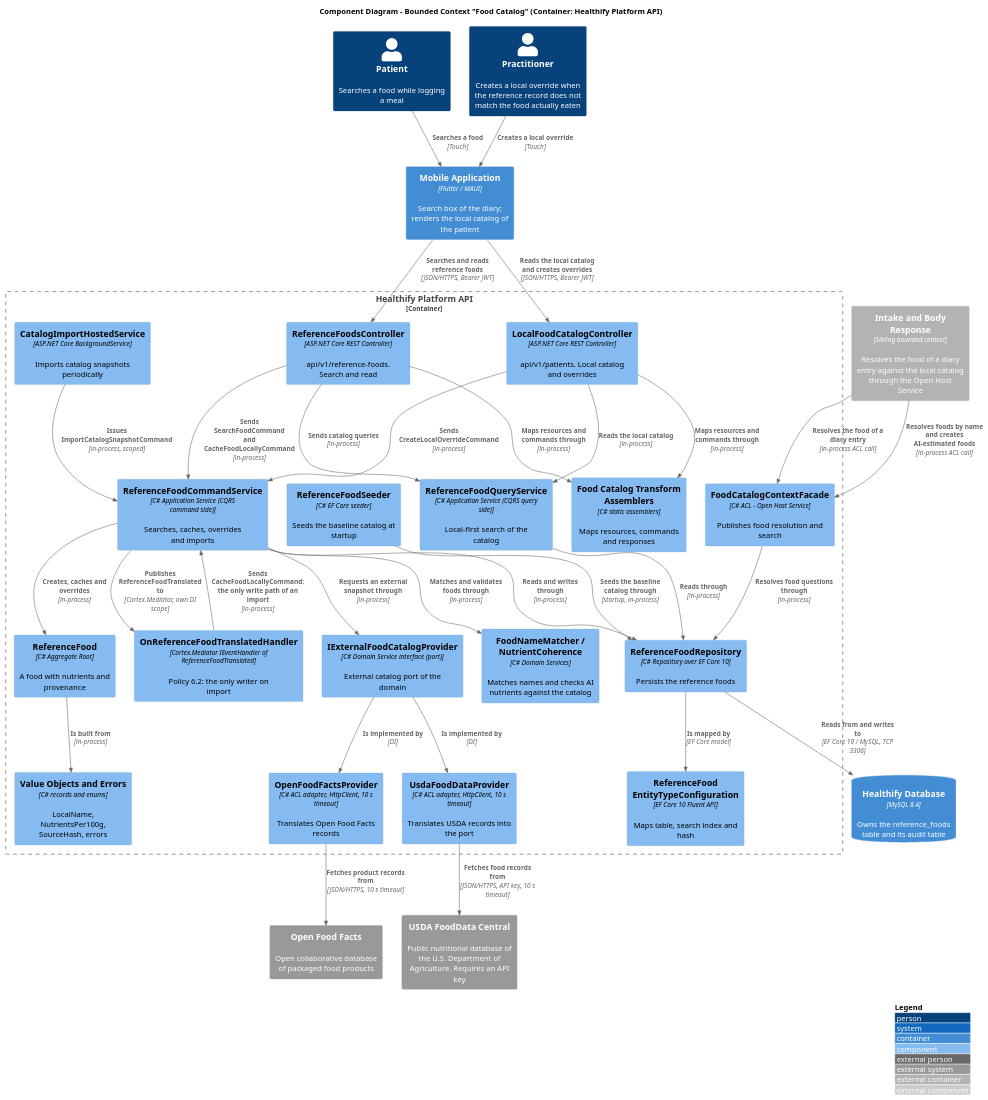
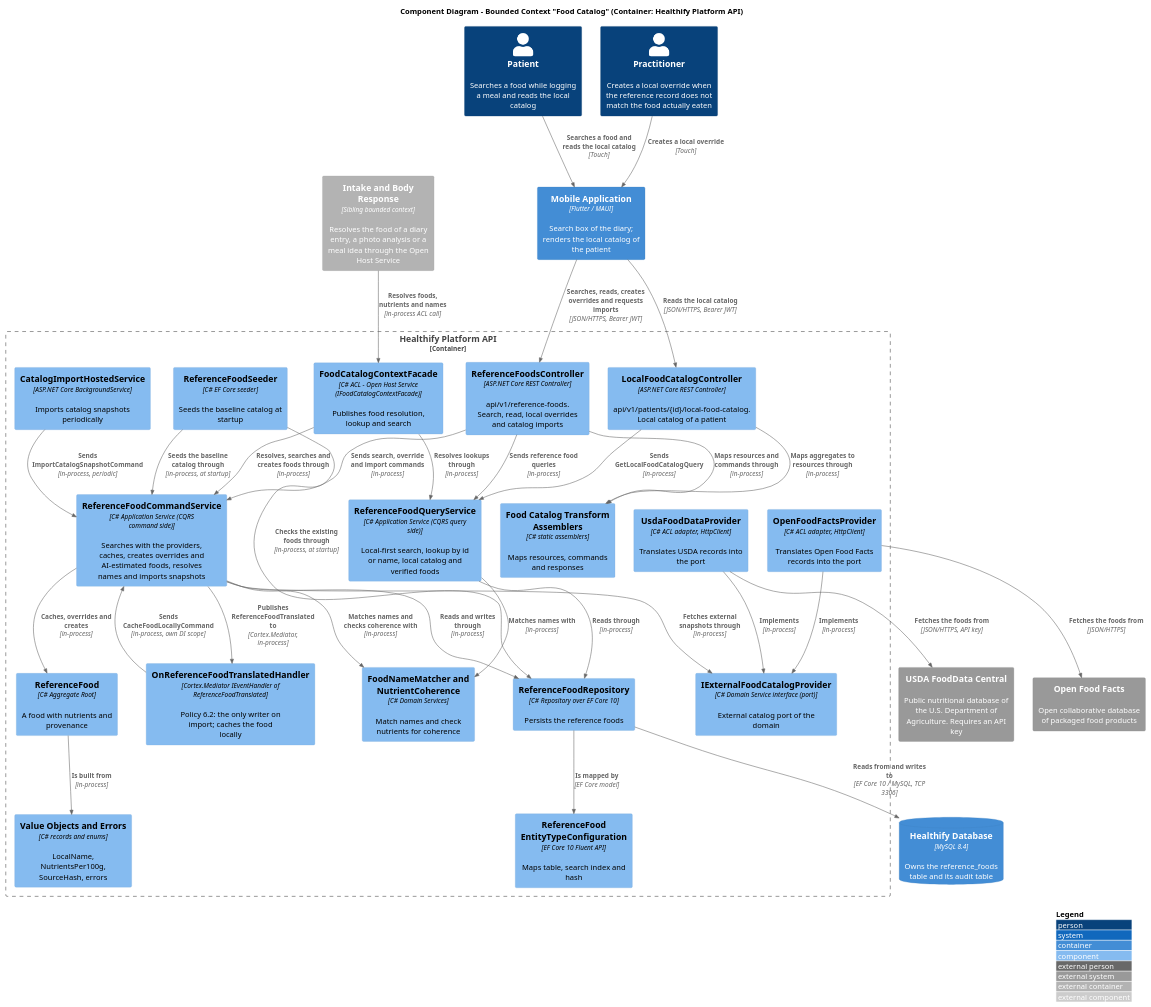
Before and after one commit to upc-pre-202620-1acc0238-13981-nutrisync/healthify-report: the diagram in docs/c4-diagrams/food-catalog.puml, drawn with PlantUML. The commit also changed 5 other files, not shown here.

Commit message:
docs(c4): update component diagrams for all bounded contexts

```diff
--- a/docs/c4-diagrams/food-catalog.puml
+++ b/docs/c4-diagrams/food-catalog.puml
@@ -1,82 +1,81 @@
 @startuml FoodCatalog_Component_Diagram
 !include https://raw.githubusercontent.com/plantuml-stdlib/C4-PlantUML/master/C4_Component.puml
 
 LAYOUT_TOP_DOWN()
 LAYOUT_WITH_LEGEND()
 
 title Component Diagram - Bounded Context "Food Catalog" (Container: Healthify Platform API)
 
-Person(patient, "Patient", "Searches a food while logging a meal")
+Person(patient, "Patient", "Searches a food while logging a meal and reads the local catalog")
 Person(practitioner, "Practitioner", "Creates a local override when the reference record does not match the food actually eaten")
 
 Container(mobile, "Mobile Application", "Flutter / MAUI", "Search box of the diary; renders the local catalog of the patient")
 
 Container_Boundary(api, "Healthify Platform API") {
 
-    Component(referenceFoodsController, "ReferenceFoodsController", "ASP.NET Core REST Controller", "api/v1/reference-foods. Search and read")
-    Component(localCatalogController, "LocalFoodCatalogController", "ASP.NET Core REST Controller", "api/v1/patients. Local catalog and overrides")
+    Component(referenceFoodsController, "ReferenceFoodsController", "ASP.NET Core REST Controller", "api/v1/reference-foods. Search, read, local overrides and catalog imports")
+    Component(localCatalogController, "LocalFoodCatalogController", "ASP.NET Core REST Controller", "api/v1/patients/{id}/local-food-catalog. Local catalog of a patient")
     Component(fcAssemblers, "Food Catalog Transform Assemblers", "C# static assemblers", "Maps resources, commands and responses")
 
-    Component(foodCmdService, "ReferenceFoodCommandService", "C# Application Service (CQRS command side)", "Searches, caches, overrides and imports")
-    Component(foodQryService, "ReferenceFoodQueryService", "C# Application Service (CQRS query side)", "Local-first search of the catalog")
-    Component(onTranslated, "OnReferenceFoodTranslatedHandler", "Cortex.Mediator IEventHandler of ReferenceFoodTranslated", "Policy 6.2: the only writer on import")
-    Component(fcFacade, "FoodCatalogContextFacade", "C# ACL - Open Host Service", "Publishes food resolution and search")
+    Component(foodCmdService, "ReferenceFoodCommandService", "C# Application Service (CQRS command side)", "Searches with the providers, caches, creates overrides and AI-estimated foods, resolves names and imports snapshots")
+    Component(foodQryService, "ReferenceFoodQueryService", "C# Application Service (CQRS query side)", "Local-first search, lookup by id or name, local catalog and verified foods")
+    Component(onTranslated, "OnReferenceFoodTranslatedHandler", "Cortex.Mediator IEventHandler of ReferenceFoodTranslated", "Policy 6.2: the only writer on import; caches the food locally")
+    Component(fcFacade, "FoodCatalogContextFacade", "C# ACL - Open Host Service (IFoodCatalogContextFacade)", "Publishes food resolution, lookup and search")
+
+    Component(importHostedService, "CatalogImportHostedService", "ASP.NET Core BackgroundService", "Imports catalog snapshots periodically")
+    Component(fcSeeder, "ReferenceFoodSeeder", "C# EF Core seeder", "Seeds the baseline catalog at startup")
 
     Component(foodAggregate, "ReferenceFood", "C# Aggregate Root", "A food with nutrients and provenance")
     Component(fcValueObjects, "Value Objects and Errors", "C# records and enums", "LocalName, NutrientsPer100g, SourceHash, errors")
+    Component(foodMatcher, "FoodNameMatcher and NutrientCoherence", "C# Domain Services", "Match names and check nutrients for coherence")
     Component(providerPort, "IExternalFoodCatalogProvider", "C# Domain Service interface (port)", "External catalog port of the domain")
+    Component(usdaProvider, "UsdaFoodDataProvider", "C# ACL adapter, HttpClient", "Translates USDA records into the port")
+    Component(offProvider, "OpenFoodFactsProvider", "C# ACL adapter, HttpClient", "Translates Open Food Facts records into the port")
 
-    Component(usdaProvider, "UsdaFoodDataProvider", "C# ACL adapter, HttpClient, 10 s timeout", "Translates USDA records into the port")
-    Component(offProvider, "OpenFoodFactsProvider", "C# ACL adapter, HttpClient, 10 s timeout", "Translates Open Food Facts records")
     Component(fcRepo, "ReferenceFoodRepository", "C# Repository over EF Core 10", "Persists the reference foods")
     Component(fcEfcConfig, "ReferenceFood EntityTypeConfiguration", "EF Core 10 Fluent API", "Maps table, search index and hash")
-    Component(fcSeeder, "ReferenceFoodSeeder", "C# EF Core seeder", "Seeds the baseline catalog at startup")
-    Component(importHostedService, "CatalogImportHostedService", "ASP.NET Core BackgroundService", "Imports catalog snapshots periodically")
-
-    Component(foodMatcher, "FoodNameMatcher / NutrientCoherence", "C# Domain Services", "Matches names and checks AI nutrients against the catalog")
 }
 
 ContainerDb(db, "Healthify Database", "MySQL 8.4", "Owns the reference_foods table and its audit table")
 
 System_Ext(usda, "USDA FoodData Central", "Public nutritional database of the U.S. Department of Agriculture. Requires an API key")
 System_Ext(off, "Open Food Facts", "Open collaborative database of packaged food products")
+Container_Ext(intakeCtx, "Intake and Body Response", "Sibling bounded context", "Resolves the food of a diary entry, a photo analysis or a meal idea through the Open Host Service")
 
-Container_Ext(intakeCtx, "Intake and Body Response", "Sibling bounded context", "Resolves the food of a diary entry against the local catalog through the Open Host Service")
-
-Rel(patient, mobile, "Searches a food", "Touch")
+Rel(patient, mobile, "Searches a food and reads the local catalog", "Touch")
 Rel(practitioner, mobile, "Creates a local override", "Touch")
-Rel(mobile, referenceFoodsController, "Searches and reads reference foods", "JSON/HTTPS, Bearer JWT")
-Rel(mobile, localCatalogController, "Reads the local catalog and creates overrides", "JSON/HTTPS, Bearer JWT")
+Rel(mobile, referenceFoodsController, "Searches, reads, creates overrides and requests imports", "JSON/HTTPS, Bearer JWT")
+Rel(mobile, localCatalogController, "Reads the local catalog", "JSON/HTTPS, Bearer JWT")
 
 Rel(referenceFoodsController, fcAssemblers, "Maps resources and commands through", "in-process")
-Rel(localCatalogController, fcAssemblers, "Maps resources and commands through", "in-process")
-Rel(referenceFoodsController, foodCmdService, "Sends SearchFoodCommand and CacheFoodLocallyCommand", "in-process")
-Rel(referenceFoodsController, foodQryService, "Sends catalog queries", "in-process")
-Rel(localCatalogController, foodCmdService, "Sends CreateLocalOverrideCommand", "in-process")
-Rel(localCatalogController, foodQryService, "Reads the local catalog", "in-process")
+Rel(localCatalogController, fcAssemblers, "Maps aggregates to resources through", "in-process")
+Rel(referenceFoodsController, foodCmdService, "Sends search, override and import commands", "in-process")
+Rel(referenceFoodsController, foodQryService, "Sends reference food queries", "in-process")
+Rel(localCatalogController, foodQryService, "Sends GetLocalFoodCatalogQuery", "in-process")
 
-Rel(foodCmdService, foodAggregate, "Creates, caches and overrides", "in-process")
+Rel(foodCmdService, foodAggregate, "Caches, overrides and creates", "in-process")
 Rel(foodAggregate, fcValueObjects, "Is built from", "in-process")
-Rel(foodCmdService, providerPort, "Requests an external snapshot through", "in-process")
-Rel(providerPort, usdaProvider, "Is implemented by", "DI")
-Rel(providerPort, offProvider, "Is implemented by", "DI")
-Rel(usdaProvider, usda, "Fetches food records from", "JSON/HTTPS, API key, 10 s timeout")
-Rel(offProvider, off, "Fetches product records from", "JSON/HTTPS, 10 s timeout")
+Rel(foodCmdService, foodMatcher, "Matches names and checks coherence with", "in-process")
+Rel(foodQryService, foodMatcher, "Matches names with", "in-process")
+Rel(foodCmdService, providerPort, "Fetches external snapshots through", "in-process")
+Rel(usdaProvider, providerPort, "Implements", "in-process")
+Rel(offProvider, providerPort, "Implements", "in-process")
+Rel(usdaProvider, usda, "Fetches the foods from", "JSON/HTTPS, API key")
+Rel(offProvider, off, "Fetches the foods from", "JSON/HTTPS")
 
-Rel(importHostedService, foodCmdService, "Issues ImportCatalogSnapshotCommand", "in-process, scoped")
-Rel(foodCmdService, onTranslated, "Publishes ReferenceFoodTranslated to", "Cortex.Mediator, own DI scope")
-Rel(onTranslated, foodCmdService, "Sends CacheFoodLocallyCommand: the only write path of an import", "in-process")
+Rel(foodCmdService, onTranslated, "Publishes ReferenceFoodTranslated to", "Cortex.Mediator, in-process")
+Rel(onTranslated, foodCmdService, "Sends CacheFoodLocallyCommand", "in-process, own DI scope")
+Rel(importHostedService, foodCmdService, "Sends ImportCatalogSnapshotCommand", "in-process, periodic")
+Rel(fcSeeder, foodCmdService, "Seeds the baseline catalog through", "in-process, at startup")
+Rel(fcSeeder, fcRepo, "Checks the existing foods through", "in-process, at startup")
 
 Rel(foodCmdService, fcRepo, "Reads and writes through", "in-process")
 Rel(foodQryService, fcRepo, "Reads through", "in-process")
-Rel(fcFacade, fcRepo, "Resolves food questions through", "in-process")
-Rel(fcSeeder, fcRepo, "Seeds the baseline catalog through", "startup, in-process")
 Rel(fcRepo, fcEfcConfig, "Is mapped by", "EF Core model")
 Rel(fcRepo, db, "Reads from and writes to", "EF Core 10 / MySQL, TCP 3306")
 
-Rel(intakeCtx, fcFacade, "Resolves the food of a diary entry", "in-process ACL call")
-
-Rel(foodCmdService, foodMatcher, "Matches and validates foods through", "in-process")
-Rel(intakeCtx, fcFacade, "Resolves foods by name and creates AI-estimated foods", "in-process ACL call")
+Rel(fcFacade, foodQryService, "Resolves lookups through", "in-process")
+Rel(fcFacade, foodCmdService, "Resolves, searches and creates foods through", "in-process")
+Rel(intakeCtx, fcFacade, "Resolves foods, nutrients and names", "in-process ACL call")
 
 @enduml
```
